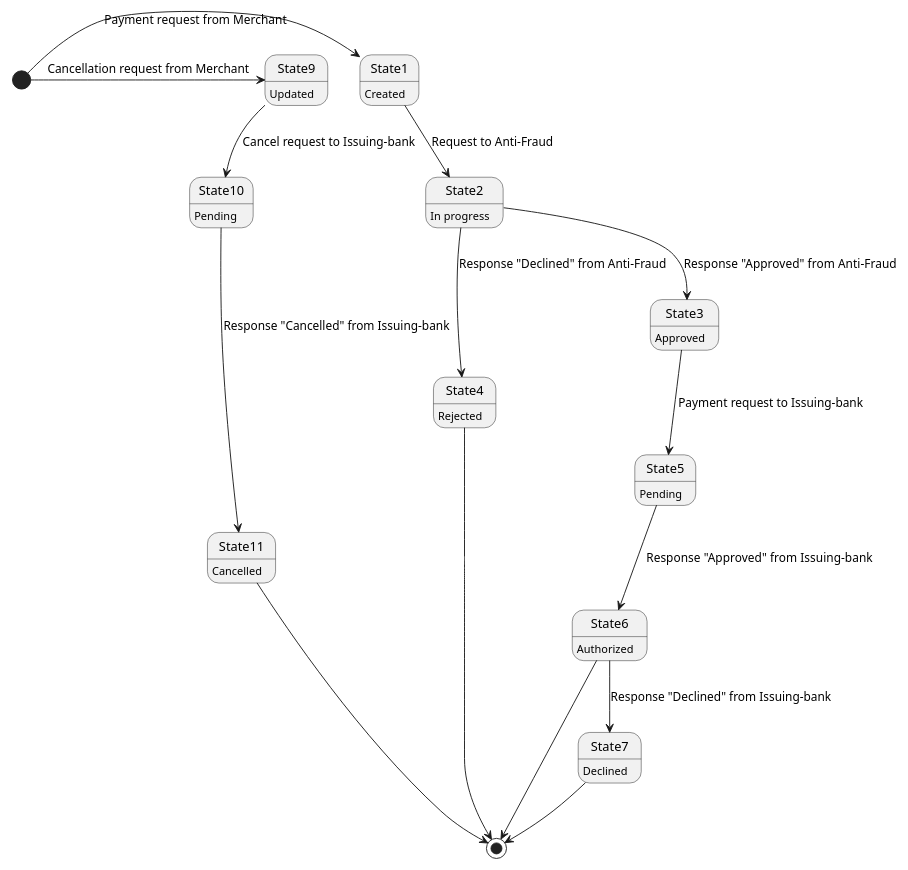
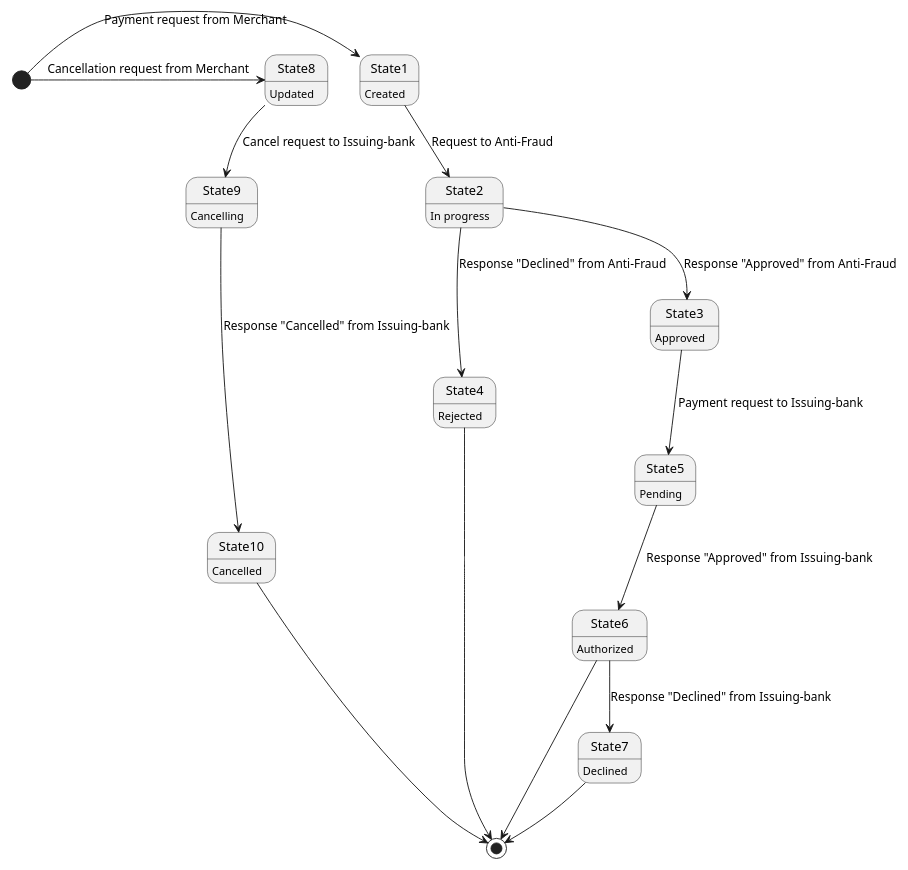
The diagram in .idea/src/main/OpenApi/3.2 End-to-End Transaction Flow/3.2 End-to-End Transaction Flow.puml (Hello-Stella/Solutions), drawn with PlantUML before and after one commit. The commit also changed 5 other files, not shown here.

```diff
--- a/.idea/src/main/OpenApi/3.2 End-to-End Transaction Flow/3.2 End-to-End Transaction Flow.puml
+++ b/.idea/src/main/OpenApi/3.2 End-to-End Transaction Flow/3.2 End-to-End Transaction Flow.puml
@@ -1,37 +1,37 @@
 @startuml
 scale 800 width
 
 [*] -> State1 : Payment request from Merchant
 State1 : Created
 State1 --> State2 : Request to Anti-Fraud
 State2 : In progress
 
 State2 --> State3 : Response "Approved" from Anti-Fraud
 State3 : Approved
 State2 --> State4 : Response "Declined" from Anti-Fraud
 State4 : Rejected
 State4 --> [*]
 
 State3 --> State5 : Payment request to Issuing-bank
 State5 : Pending
 
 State5 --> State6 : Response "Approved" from Issuing-bank
 State6 : Authorized
 State6 --> [*]
 
 State6 --> State7 : Response "Declined" from Issuing-bank
 State7 : Declined
 State7 --> [*]
 
 
-[*] -> State9 : Cancellation request from Merchant
-State9 : Updated
+[*] -> State8 : Cancellation request from Merchant
+State8 : Updated
 
-State9 --> State10 : Cancel request to Issuing-bank
-State10 : Pending
+State8 --> State9 : Cancel request to Issuing-bank
+State9 : Cancelling
 
-State10 --> State11 : Response "Cancelled" from Issuing-bank
-State11 : Cancelled
+State9 --> State10 : Response "Cancelled" from Issuing-bank
+State10 : Cancelled
 
-State11 --> [*]
+State10 --> [*]
 @enduml
```
